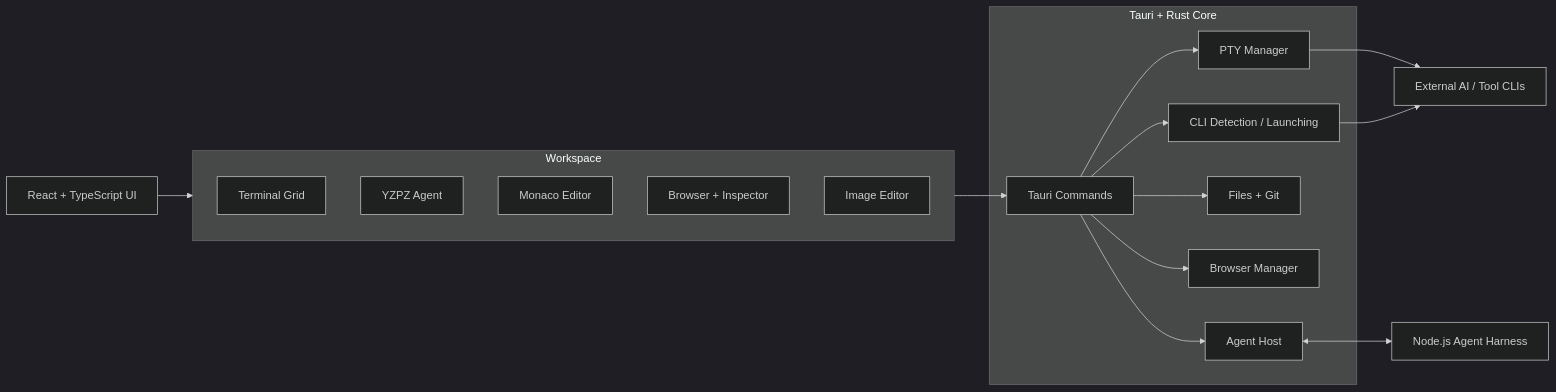
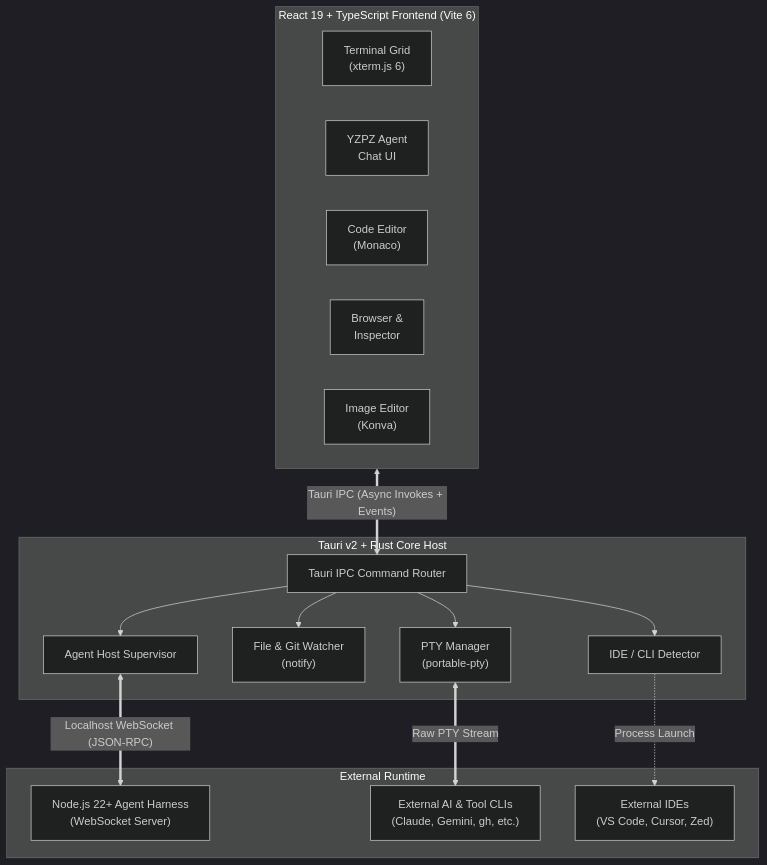
Before and after one commit to wolfenazz/YzPzCode: the diagram in README.md, drawn with Mermaid (dark theme). The commit also changed other lines of this file, not shown here.

````diff
--- a/README.md
+++ b/README.md
@@ -441,37 +206,35 @@
 ```mermaid
-flowchart LR
-    UI["React + TypeScript UI"]
-
-    subgraph Workspace["Workspace"]
-        Terminal["Terminal Grid"]
-        AgentView["YZPZ Agent"]
-        Editor["Monaco Editor"]
-        Browser["Browser + Inspector"]
-        Image["Image Editor"]
+flowchart TB
+    subgraph Frontend["React 19 + TypeScript Frontend (Vite 6)"]
+        direction LR
+        UI_Term["Terminal Grid\n(xterm.js 6)"]
+        UI_Agent["YZPZ Agent\nChat UI"]
+        UI_Editor["Code Editor\n(Monaco)"]
+        UI_Browser["Browser &\nInspector"]
+        UI_Image["Image Editor\n(Konva)"]
     end
 
-    subgraph Core["Tauri + Rust Core"]
-        IPC["Tauri Commands"]
-        PTY["PTY Manager"]
-        CLI["CLI Detection / Launching"]
-        FS["Files + Git"]
-        BrowserCore["Browser Manager"]
-        Host["Agent Host"]
+    subgraph TauriHost["Tauri v2 + Rust Core Host"]
+        IPC["Tauri IPC Command Router"]
+        PTY["PTY Manager\n(portable-pty)"]
+        FS["File & Git Watcher\n(notify)"]
+        Host["Agent Host Supervisor"]
+        DevEnv["IDE / CLI Detector"]
     end
 
-    Harness["Node.js Agent Harness"]
-    Agents["External AI / Tool CLIs"]
+    subgraph External["External Runtime"]
+        Harness["Node.js 22+ Agent Harness\n(WebSocket Server)"]
+        CLIs["External AI & Tool CLIs\n(Claude, Gemini, gh, etc.)"]
+        IDEs["External IDEs\n(VS Code, Cursor, Zed)"]
+    end
 
-    UI --> Workspace
-    Workspace --> IPC
+    Frontend <==>|"Tauri IPC (Async Invokes + Events)"| IPC
+    IPC --> PTY
+    IPC --> FS
+    IPC --> Host
+    IPC --> DevEnv
 
-    IPC --> PTY
-    IPC --> CLI
-    IPC --> FS
-    IPC --> BrowserCore
-    IPC --> Host
-
-    PTY --> Agents
-    CLI --> Agents
-    Host <--> Harness
+    PTY <==>|"Raw PTY Stream"| CLIs
+    Host <==>|"Localhost WebSocket (JSON-RPC)"| Harness
+    DevEnv -.->|"Process Launch"| IDEs
 ```
````
